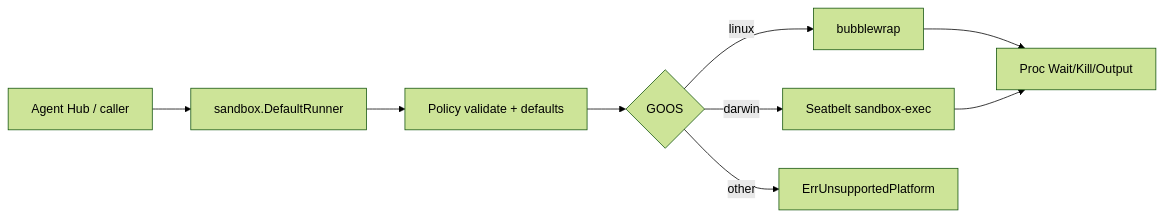
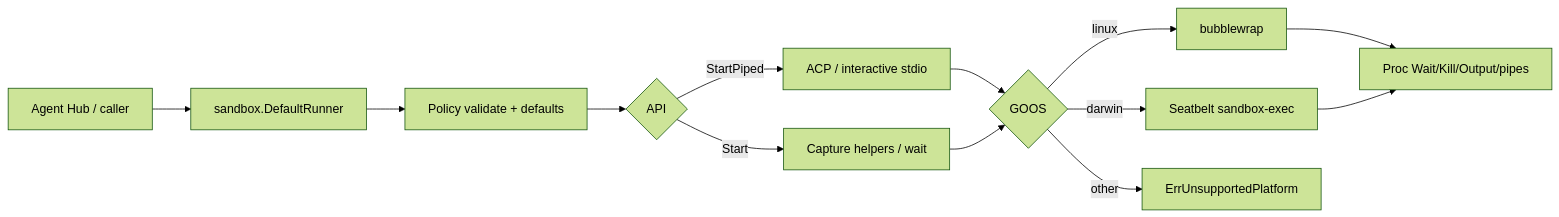
The diagram in content/projects/dev-kit/sandbox.mdx (syurodev/base), drawn with Mermaid (forest theme) before and after one commit. The commit also changed other lines of this file and 3 other files, not shown here.

First line of the commit message:
docs(dev-kit): Agent Hub Partial v1 + sandbox StartPiped

````diff
--- a/content/projects/dev-kit/sandbox.mdx
+++ b/content/projects/dev-kit/sandbox.mdx
@@ -23,11 +24,15 @@
 ```mermaid
 flowchart LR
   Hub["Agent Hub / caller"] --> Runner["sandbox.DefaultRunner"]
   Runner --> Pol["Policy validate + defaults"]
-  Pol --> BE{GOOS}
+  Pol --> Mode{API}
+  Mode -->|StartPiped| Piped["ACP / interactive stdio"]
+  Mode -->|Start| Cap["Capture helpers / wait"]
+  Piped --> BE{GOOS}
+  Cap --> BE
   BE -->|linux| BW[bubblewrap]
   BE -->|darwin| SB[Seatbelt sandbox-exec]
   BE -->|other| Err[ErrUnsupportedPlatform]
-  BW --> Proc[Proc Wait/Kill/Output]
+  BW --> Proc[Proc Wait/Kill/Output/pipes]
   SB --> Proc
 ```
````
